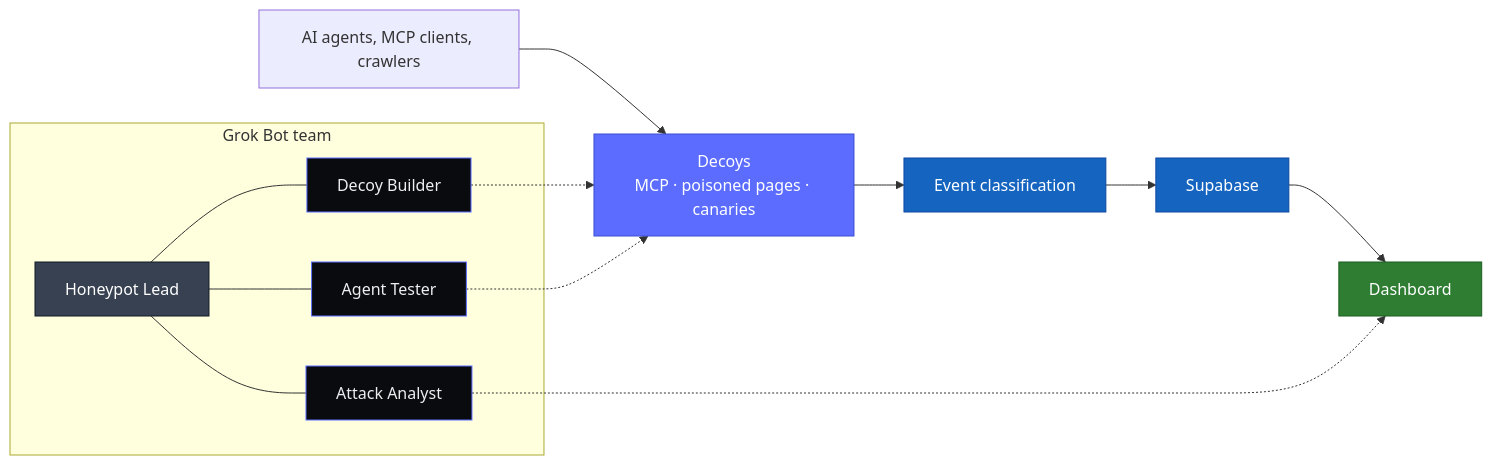
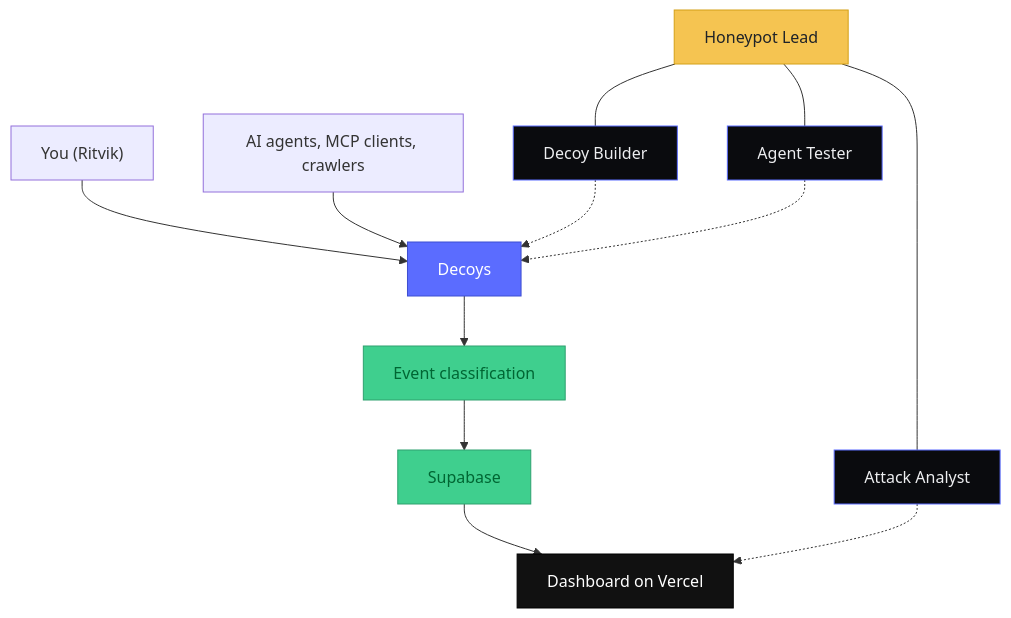
The diagram in README.md (ritvikindupuri/AgentPot), drawn with Mermaid before and after one commit. The commit also changed other lines of this file and 28 other files, not shown here.

First line of the commit message:
Improve dashboard readability, strip secret headers, and refresh the README figure.

````diff
--- a/README.md
+++ b/README.md
@@ -41,32 +54,26 @@
 ```mermaid
-flowchart LR
-  A["AI agents, MCP clients, crawlers"] --> D["Decoys<br/>MCP · poisoned pages · canaries"]
+flowchart TD
+  You["You (Ritvik)"] --> D["Decoys"]
+  A["AI agents, MCP clients, crawlers"] --> D
   D --> C["Event classification"]
   C --> S["Supabase"]
-  S --> V["Dashboard"]
+  S --> V["Dashboard on Vercel"]
 
-  subgraph T["Grok Bot team"]
-    L["Honeypot Lead"]
-    B["Decoy Builder"]
-    N["Attack Analyst"]
-    X["Agent Tester"]
-    L --- B
-    L --- N
-    L --- X
-  end
-
+  L["Honeypot Lead"] --- B["Decoy Builder"]
+  L --- N["Attack Analyst"]
+  L --- X["Agent Tester"]
   B -.-> D
   N -.-> V
   X -.-> D
 
+  classDef lead fill:#F5C451,color:#1F2328,stroke:#D4A017
   classDef decoy fill:#5B6CFF,color:#fff,stroke:#3D4ED1
-  classDef store fill:#1565C0,color:#fff,stroke:#0D47A1
-  classDef ui fill:#2E7D32,color:#fff,stroke:#1B5E20
-  classDef lead fill:#374151,color:#fff,stroke:#111827
+  classDef store fill:#3FCF8E,color:#063,stroke:#2EA16F
+  classDef ui fill:#111,color:#fff,stroke:#000
   classDef spec fill:#0A0B0E,color:#EDEEF0,stroke:#5B6CFF
+  class L lead
   class D decoy
   class C,S store
   class V ui
-  class L lead
   class B,N,X spec
 ```
````
